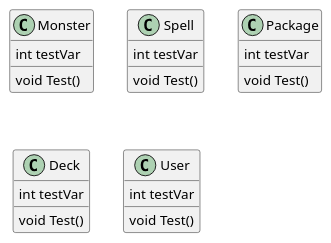
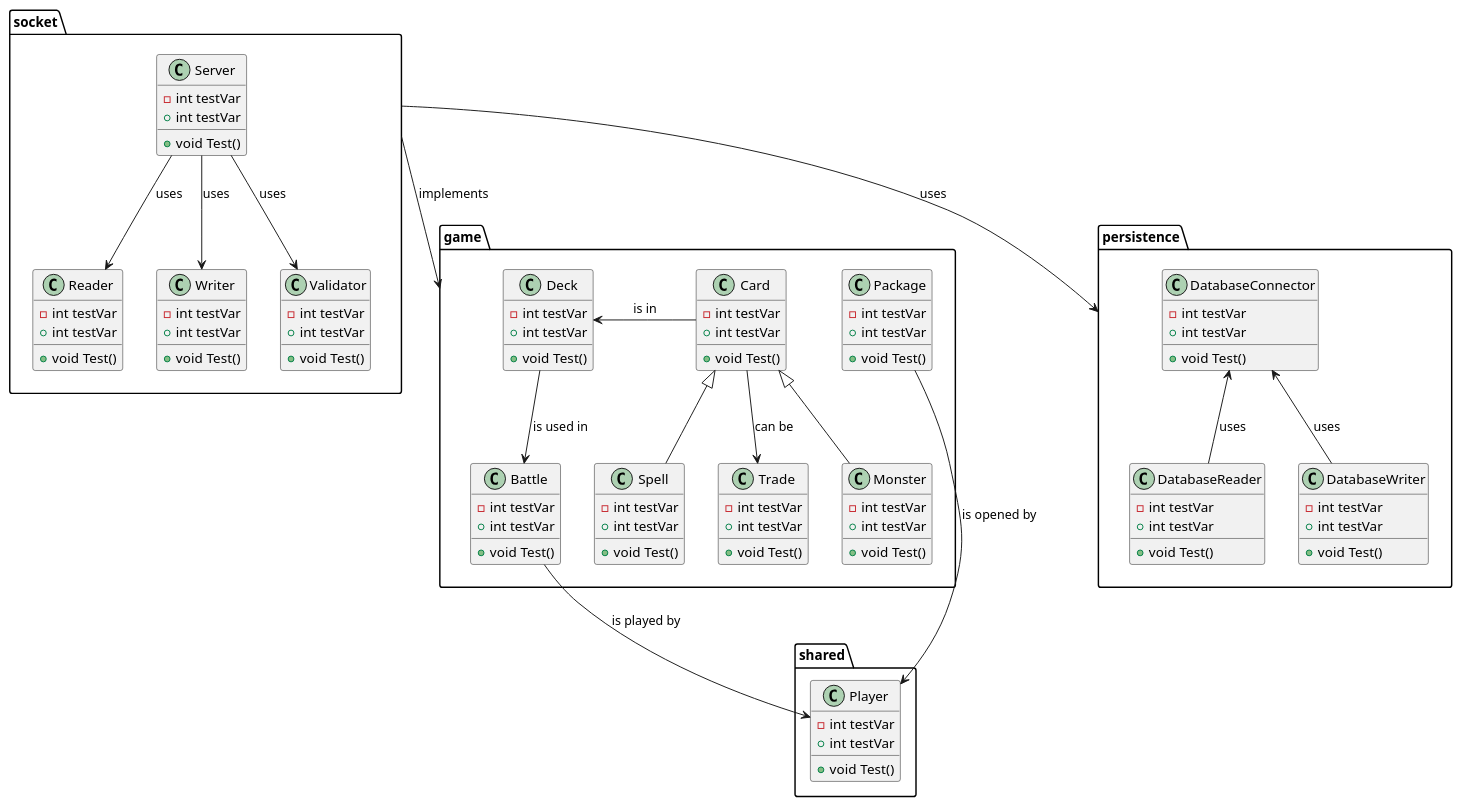
One commit to if23b126/SEM3_SWEN_MCTG changed the diagram in Klassendiagramm.puml. Above: the diagram before and after it, drawn with PlantUML. The commit also changed 1 other file, not shown here.

Commit message:
first overview of class diagram with dependencies and connections, no variables or methods defined

```diff
--- a/Klassendiagramm.puml
+++ b/Klassendiagramm.puml
@@ -1,25 +1,118 @@
 @startuml
 ' Defining all classes
-class Monster
-Monster : int testVar
-Monster : void Test()
+class game.Monster{
+    - int testVar
+    + int testVar
+    + void Test()
+}
 
-class Spell
-Spell : int testVar
-Spell : void Test()
+class game.Spell{
+    - int testVar
+    + int testVar
+    + void Test()
+}
 
-class Package
-Package : int testVar
-Package : void Test()
+class game.Card{
+    - int testVar
+    + int testVar
+    + void Test()
+}
 
-class Deck
-Deck : int testVar
-Deck : void Test()
+class game.Package{
+    - int testVar
+    + int testVar
+    + void Test()
+}
 
-class User
-User : int testVar
-User : void Test()
+class game.Deck{
+    - int testVar
+    + int testVar
+    + void Test()
+}
+
+class game.Battle{
+    - int testVar
+    + int testVar
+    + void Test()
+}
+
+class game.Trade{
+    - int testVar
+    + int testVar
+    + void Test()
+}
+
+
+class shared.Player{
+    - int testVar
+    + int testVar
+    + void Test()
+}
+
+class socket.Server{
+    - int testVar
+    + int testVar
+    + void Test()
+}
+
+class socket.Reader{
+    - int testVar
+    + int testVar
+    + void Test()
+}
+
+class socket.Writer{
+    - int testVar
+    + int testVar
+    + void Test()
+}
+
+class socket.Validator{
+    - int testVar
+    + int testVar
+    + void Test()
+}
+
+class persistence.DatabaseConnector {
+    - int testVar
+    + int testVar
+    + void Test()
+}
+
+class persistence.DatabaseReader {
+    - int testVar
+    + int testVar
+    + void Test()
+}
+
+class persistence.DatabaseWriter {
+    - int testVar
+    + int testVar
+    + void Test()
+}
 
 ' Define all Relations
+Card <|-- Spell
+Card <|-- Monster
+Card --> Trade : can be
+Deck --> Battle : is used in
+Card -left-> Deck : is in
+Battle --> Player : is played by
+Package --> Player : is opened by
+
+DatabaseConnector <-- DatabaseReader: uses
+DatabaseConnector <-- DatabaseWriter: uses
+
+Server --> Reader : uses
+Server --> Writer : uses
+Server --> Validator : uses
+
+socket --> game : implements
+socket --> persistence : uses
+
 ' Monster <-- Spell
+' User <.. Spell
+' Package <|-- Spell
+' Deck <|.. Spell
+
 @enduml
```
